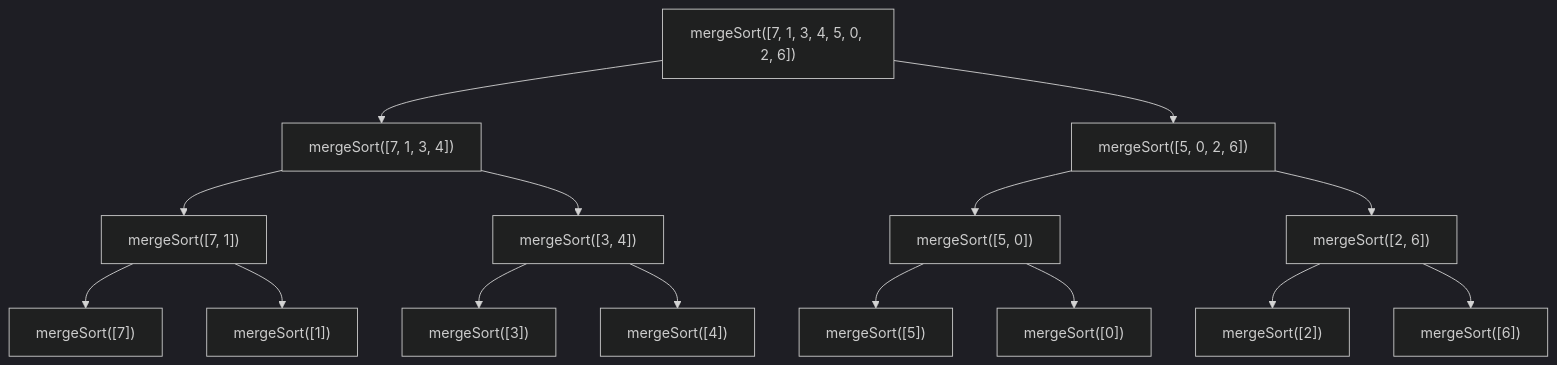
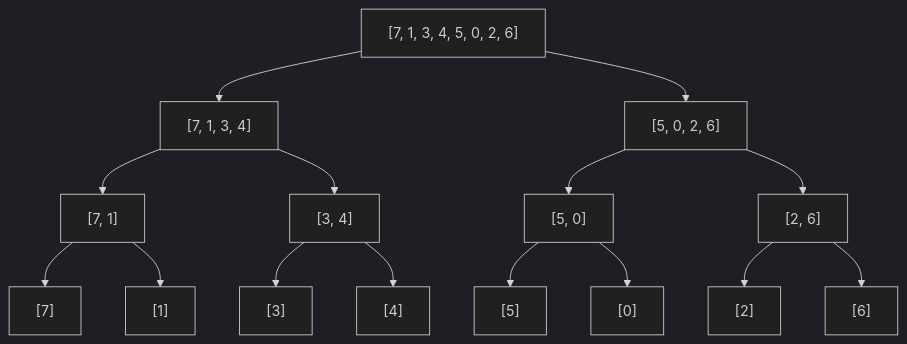
One commit to raganwald/raganwald.github.com changed the first of 2 diagrams in _posts/2018-12-29-ayoayo.md. Above: the diagram before and after it, drawn with Mermaid (dark theme). The commit also changed other lines of this file, not shown here.

```diff
--- a/_posts/2018-12-29-ayoayo.md
+++ b/_posts/2018-12-29-ayoayo.md
@@ -1342,17 +1342,17 @@
 <div class="mermaid">
   graph TD
-    seven1345026["mergeSort([7, 1, 3, 4, 5, 0, 2, 6])"] --> seven134["mergeSort([7, 1, 3, 4])"]
-    seven134 --> seven1["mergeSort([7, 1])"]
-    seven1 --> seven["mergeSort([7])"]
-    seven1 --> one["mergeSort([1])"]
-    seven134 --> three4["mergeSort([3, 4])"]
-    three4 --> three["mergeSort([3])"]
-    three4 --> four["mergeSort([4])"]
-    seven1345026["mergeSort([7, 1, 3, 4, 5, 0, 2, 6])"] --> five026["mergeSort([5, 0, 2, 6])"]
-    five026 --> five0["mergeSort([5, 0])"]
-    five0 --> five["mergeSort([5])"]
-    five0 --> zero["mergeSort([0])"]
-    five026 --> two6["mergeSort([2, 6])"]
-    two6 --> two["mergeSort([2])"]
-    two6 --> six["mergeSort([6])"]
+    seven1345026["[7, 1, 3, 4, 5, 0, 2, 6]"] --> seven134["[7, 1, 3, 4]"]
+    seven134 --> seven1["[7, 1]"]
+    seven1 --> seven["[7]"]
+    seven1 --> one["[1]"]
+    seven134 --> three4["[3, 4]"]
+    three4 --> three["[3]"]
+    three4 --> four["[4]"]
+    seven1345026["[7, 1, 3, 4, 5, 0, 2, 6]"] --> five026["[5, 0, 2, 6]"]
+    five026 --> five0["[5, 0]"]
+    five0 --> five["[5]"]
+    five0 --> zero["[0]"]
+    five026 --> two6["[2, 6]"]
+    two6 --> two["[2]"]
+    two6 --> six["[6]"]
 </div>
```
